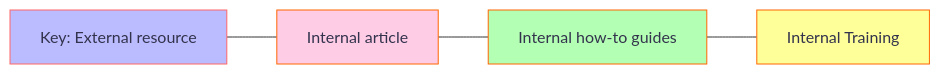
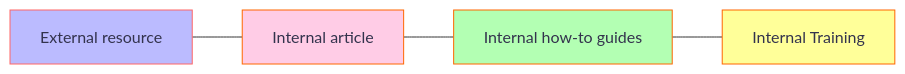
Before and after one commit to ICR-SC/good-practice: the first of 2 diagrams in docs/index.md, drawn with Mermaid. The commit also changed other lines of this file, not shown here.

````diff
--- a/docs/index.md
+++ b/docs/index.md
@@ -8,10 +8,10 @@
 ``` mermaid
 flowchart LR
-  EX[Key: External resource]  --- IN[Internal article];
+  EX[External resource]  --- IN[Internal article];
   IN --- HOW[Internal how-to guides];
   HOW --- TRAIN[Internal Training];  
   style EX fill:#bbf,stroke:#f66,stroke-width:1px,color:#33334d
   style IN fill:#ffcce6,stroke:#ff6600,stroke-width:1px,color:#33334d
   style HOW fill:#b3ffb3,stroke:#ff6600,stroke-width:1px,color:#33334d
   style TRAIN fill:#ffff99,stroke:#ff6600,stroke-width:1px,color:#33334d
 ```
````
